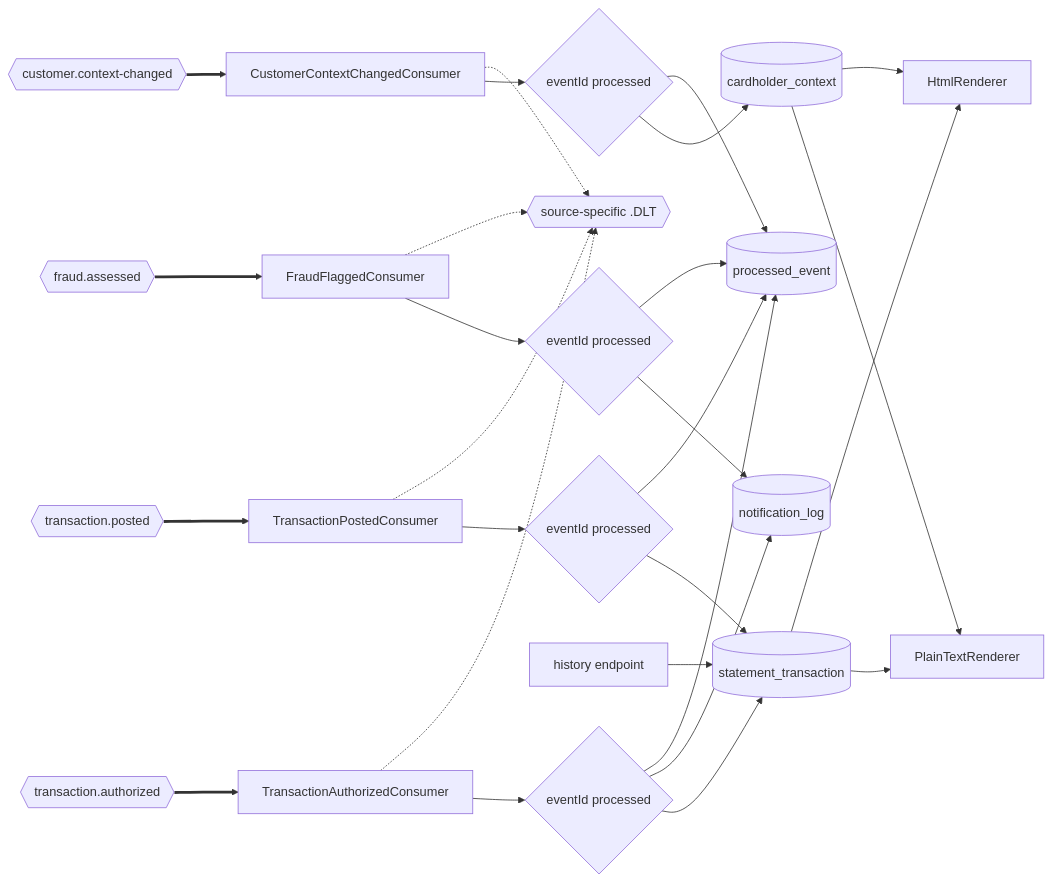
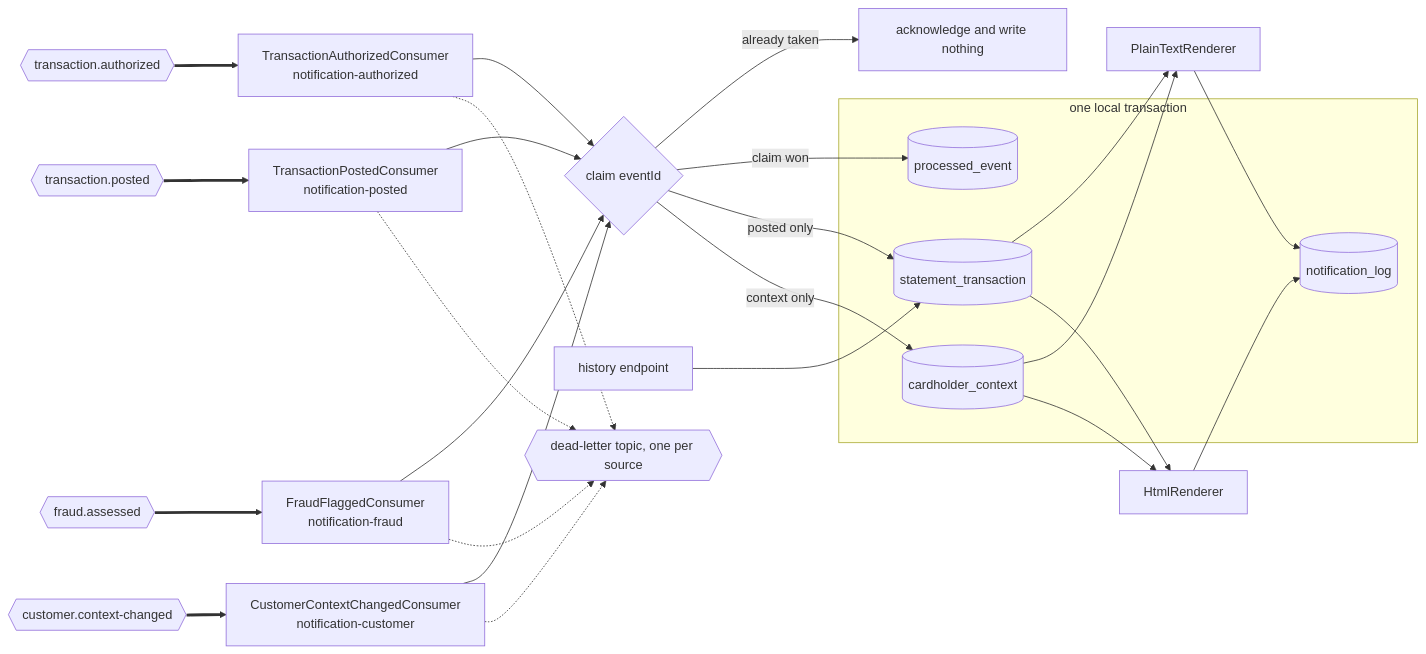
The diagram in card-platform/services/notification-service/README.md (blitzy-public-samples/aws-carddemo-blitzy), drawn with Mermaid before and after one commit. The commit also changed other lines of this file and 24 other files, not shown here.

````diff
--- a/card-platform/services/notification-service/README.md
+++ b/card-platform/services/notification-service/README.md
@@ -112,50 +81,47 @@
 ```mermaid
 graph LR
     TA{{"transaction.authorized"}}
     TP{{"transaction.posted"}}
     FA{{"fraud.assessed"}}
     CC{{"customer.context-changed"}}
-    AC["TransactionAuthorizedConsumer"]
-    PC["TransactionPostedConsumer"]
-    FC["FraudFlaggedConsumer"]
-    CCIN["CustomerContextChangedConsumer"]
-    AG{"eventId processed"}
-    PG{"eventId processed"}
-    FG{"eventId processed"}
-    CG{"eventId processed"}
-    ST[("statement_transaction")]
-    CP[("cardholder_context")]
-    LOG[("notification_log")]
-    MARK[("processed_event")]
-    PLAIN["PlainTextRenderer"]
+    AC["TransactionAuthorizedConsumer<br/>notification-authorized"]
+    PC["TransactionPostedConsumer<br/>notification-posted"]
+    FC["FraudFlaggedConsumer<br/>notification-fraud"]
+    XC["CustomerContextChangedConsumer<br/>notification-customer"]
+    CLAIM{"claim eventId"}
+    SKIP["acknowledge and write nothing"]
+    subgraph TX["one local transaction"]
+        MARK[("processed_event")]
+        ST[("statement_transaction")]
+        CX[("cardholder_context")]
+        LOG[("notification_log")]
+    end
+    TEXT["PlainTextRenderer"]
     HTML["HtmlRenderer"]
     API["history endpoint"]
-    DEAD{{"source-specific .DLT"}}
+    DLT{{"dead-letter topic, one per source"}}
 
     TA ==> AC
     TP ==> PC
     FA ==> FC
-    CC ==> CCIN
-    AC --> AG
-    PC --> PG
-    FC --> FG
-    CCIN --> CG
-    AG --> ST
-    AG --> LOG
-    AG --> MARK
-    PG --> ST
-    PG --> MARK
-    FG --> LOG
-    FG --> MARK
-    CG --> CP
-    CG --> MARK
-    ST --> PLAIN
+    CC ==> XC
+    AC --> CLAIM
+    PC --> CLAIM
+    FC --> CLAIM
+    XC --> CLAIM
+    CLAIM -->|"already taken"| SKIP
+    CLAIM -->|"claim won"| MARK
+    CLAIM -->|"posted only"| ST
+    CLAIM -->|"context only"| CX
+    ST --> TEXT
+    CX --> TEXT
     ST --> HTML
-    CP --> PLAIN
-    CP --> HTML
+    CX --> HTML
+    TEXT --> LOG
+    HTML --> LOG
     API --> ST
-    AC -.-> DEAD
-    PC -.-> DEAD
-    FC -.-> DEAD
-    CCIN -.-> DEAD
+    AC -.-> DLT
+    PC -.-> DLT
+    FC -.-> DLT
+    XC -.-> DLT
 ```
````
